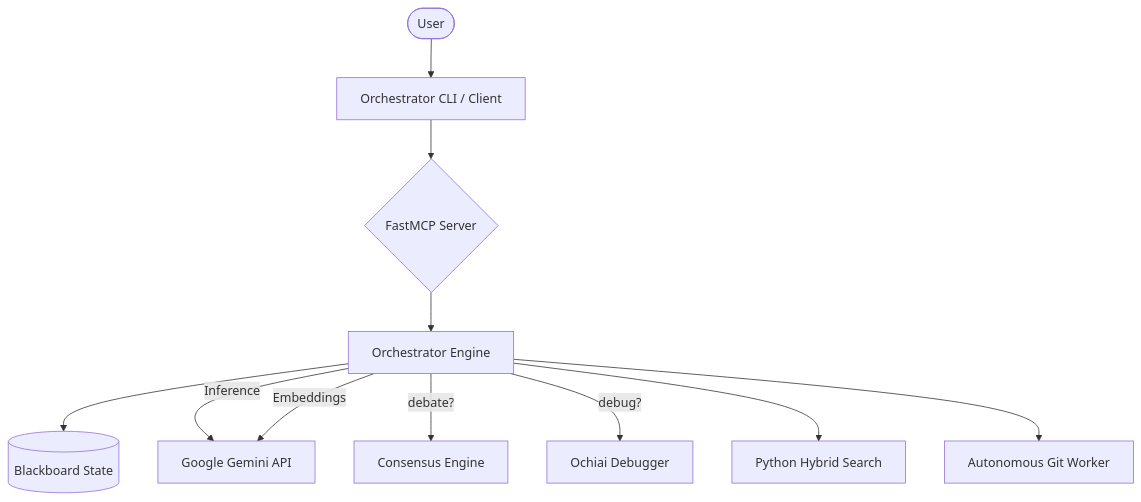
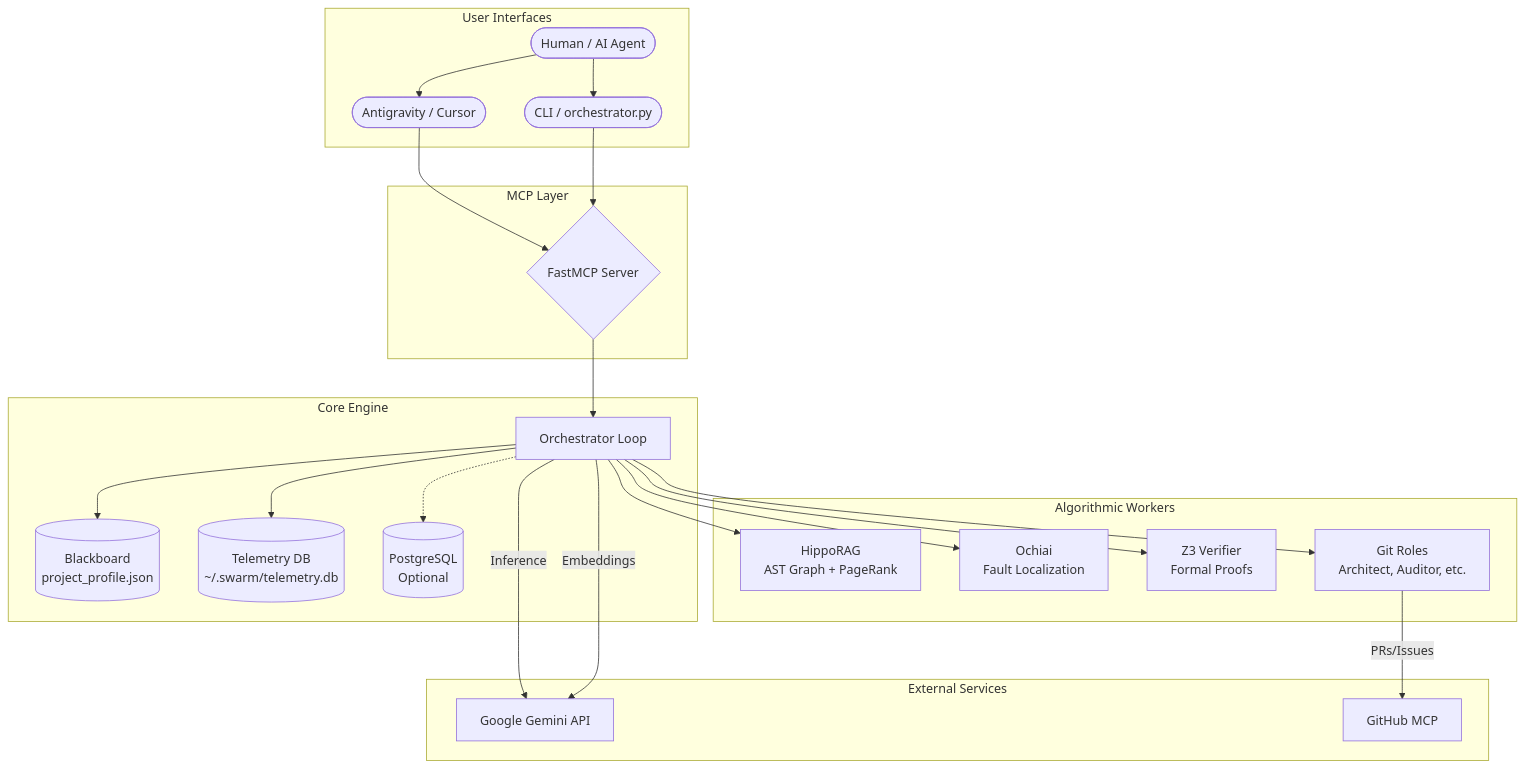
Before and after one commit to Of-Arte/swarm-orchestrator-mcp-deprecated-: the diagram in ARCHITECTURE.md, drawn with Mermaid. The commit also changed other lines of this file and 29 other files, not shown here.

Commit message:
feat: Add comprehensive human-facing documentation and update the architecture to v3.4.

````diff
--- a/ARCHITECTURE.md
+++ b/ARCHITECTURE.md
@@ -7,22 +9,48 @@
 ```mermaid
 graph TD
-    User([User]) --> CLI[Orchestrator CLI / Client]
-    CLI --> FastMCP{FastMCP Server}
-    
-    %% Core Logic
-    FastMCP --> Orchestrator[Orchestrator Engine]
-    Orchestrator --> Blackboard[(Blackboard State)]
-    
-    %% Gemini Integration
-    Orchestrator -- Inference --> Gemini[Google Gemini API]
+    subgraph "User Interfaces"
+        User([Human / AI Agent])
+        IDE([Antigravity / Cursor])
+        CLI([CLI / orchestrator.py])
+    end
+
+    subgraph "MCP Layer"
+        FastMCP{FastMCP Server}
+    end
+
+    subgraph "Core Engine"
+        Orchestrator[Orchestrator Loop]
+        Blackboard[(Blackboard<br/>project_profile.json)]
+        SQLite[(Telemetry DB<br/>~/.swarm/telemetry.db)]
+        Postgres[(PostgreSQL<br/>Optional)]
+    end
+
+    subgraph "Algorithmic Workers"
+        HippoRAG[HippoRAG<br/>AST Graph + PageRank]
+        SBFL[Ochiai<br/>Fault Localization]
+        Z3[Z3 Verifier<br/>Formal Proofs]
+        GitRoles[Git Roles<br/>Architect, Auditor, etc.]
+    end
+
+    subgraph "External Services"
+        Gemini[Google Gemini API]
+        GitHub[GitHub MCP]
+    end
+
+    User --> IDE --> FastMCP
+    User --> CLI --> FastMCP
+    FastMCP --> Orchestrator
+
+    Orchestrator --> Blackboard
+    Orchestrator --> SQLite
+    Orchestrator -.-> Postgres
+
+    Orchestrator --> HippoRAG
+    Orchestrator --> SBFL
+    Orchestrator --> Z3
+    Orchestrator --> GitRoles
+
+    Orchestrator -- Inference --> Gemini
     Orchestrator -- Embeddings --> Gemini
-    
-    %% v3.0 Algorithmic Workers (Lazy Loaded)
-
-    Orchestrator -- debate? --> Consensus[Consensus Engine]
-    Orchestrator -- debug? --> SBFL[Ochiai Debugger]
-    
-    %% Local Tools
-    Orchestrator --> Search[Python Hybrid Search]
-    Orchestrator --> Git[Autonomous Git Worker]
+    GitRoles -- PRs/Issues --> GitHub
 ```
````
